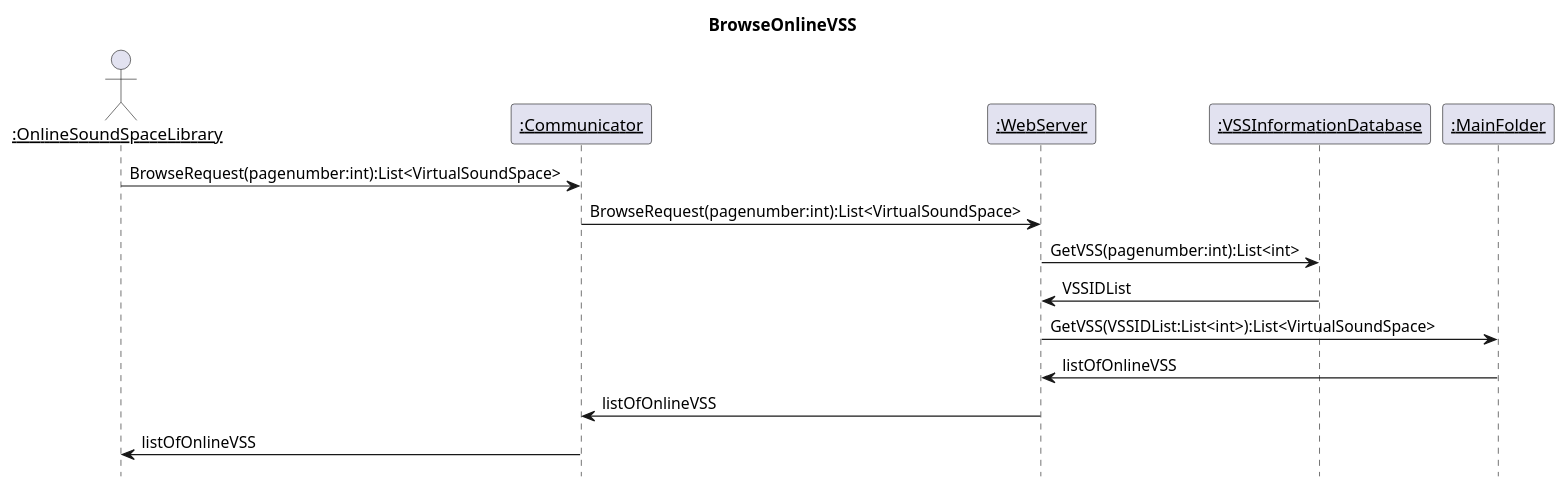
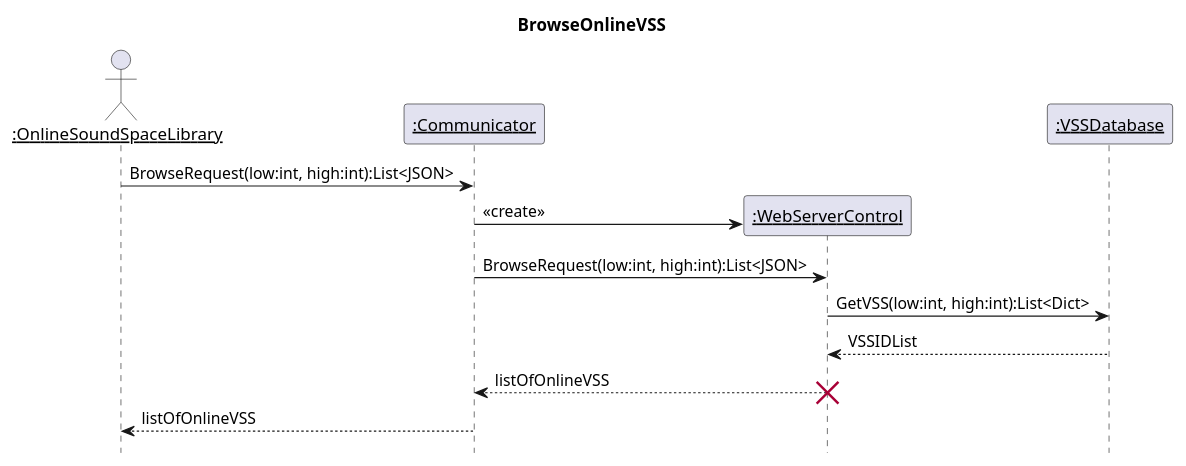
Diagram 38 of 39 in 设计/顺序图.md (kpp19920121/doc), drawn with PlantUML before and after one commit. The commit also changed other lines of this file, not shown here.

Commit message:
更新了含服务器端部分的顺序图

````diff
--- a/设计/顺序图.md
+++ b/设计/顺序图.md
@@ -1289,22 +1269,22 @@
 ```PlantUML
 @startuml Diagrams/BrowseOnlineVSSLibraryServer
 title BrowseOnlineVSS
 hide footbox
 skinparam sequenceParticipant underline
 
 actor ":OnlineSoundSpaceLibrary" as Client
 participant ":Communicator" as Communicator
-participant ":WebServer" as WebServer
-participant ":VSSInformationDatabase" as VSSInformationDatabase
-participant ":MainFolder" as Folder
+participant ":WebServerControl" as WebServer
+participant ":VSSDatabase" as VSSInformationDatabase
 
-Client->Communicator:BrowseRequest(pagenumber:int):List<VirtualSoundSpace>
-Communicator->WebServer:BrowseRequest(pagenumber:int):List<VirtualSoundSpace>
-WebServer->VSSInformationDatabase:GetVSS(pagenumber:int):List<int>
-VSSInformationDatabase->WebServer:VSSIDList
-WebServer->Folder:GetVSS(VSSIDList:List<int>):List<VirtualSoundSpace>
-Folder->WebServer:listOfOnlineVSS
-WebServer->Communicator:listOfOnlineVSS
-Communicator->Client:listOfOnlineVSS
+Client->Communicator:BrowseRequest(low:int, high:int):List<JSON>
+create WebServer
+Communicator->WebServer:<<create>>
+Communicator->WebServer:BrowseRequest(low:int, high:int):List<JSON>
+WebServer->VSSInformationDatabase:GetVSS(low:int, high:int):List<Dict>
+VSSInformationDatabase-->WebServer:VSSIDList
+WebServer-->Communicator:listOfOnlineVSS
+destroy WebServer
+Communicator-->Client:listOfOnlineVSS
 @enduml
 ```
````
